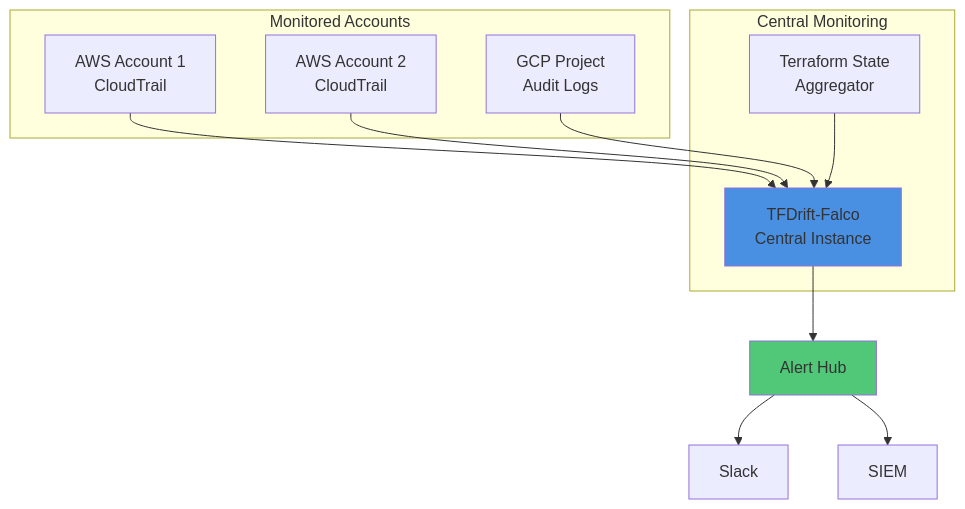
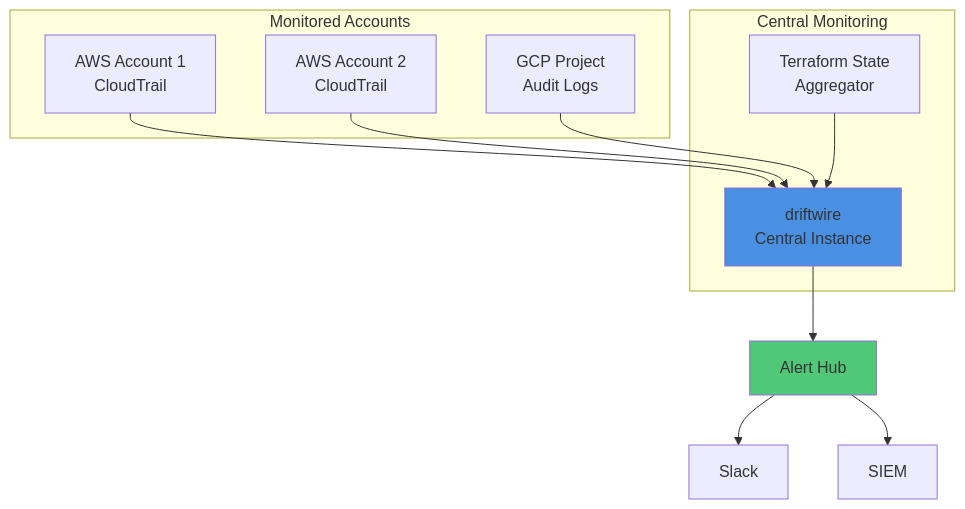
Before and after one commit to higakikeita/tfdrift-falco: diagram 11 of 13 in docs/architecture.md, drawn with Mermaid. The commit also changed other lines of this file and 448 other files, not shown here.

````diff
--- a/docs/architecture.md
+++ b/docs/architecture.md
@@ -936,25 +936,25 @@
 ```mermaid
 graph TB
     subgraph "Monitored Accounts"
         A1[AWS Account 1<br/>CloudTrail]
         A2[AWS Account 2<br/>CloudTrail]
         A3[GCP Project<br/>Audit Logs]
     end
 
     subgraph "Central Monitoring"
-        B[TFDrift-Falco<br/>Central Instance]
+        B[driftwire<br/>Central Instance]
         C[Terraform State<br/>Aggregator]
     end
 
     A1 --> B
     A2 --> B
     A3 --> B
     C --> B
 
     B --> D[Alert Hub]
     D --> E[Slack]
     D --> F[SIEM]
 
     style B fill:#4A90E2
     style D fill:#50C878
 ```
````
